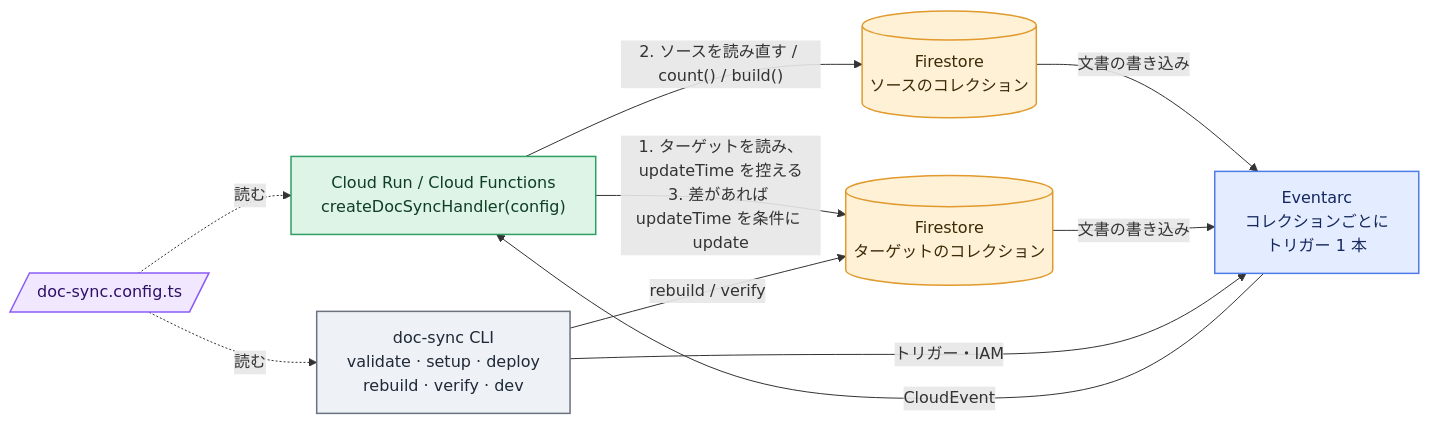
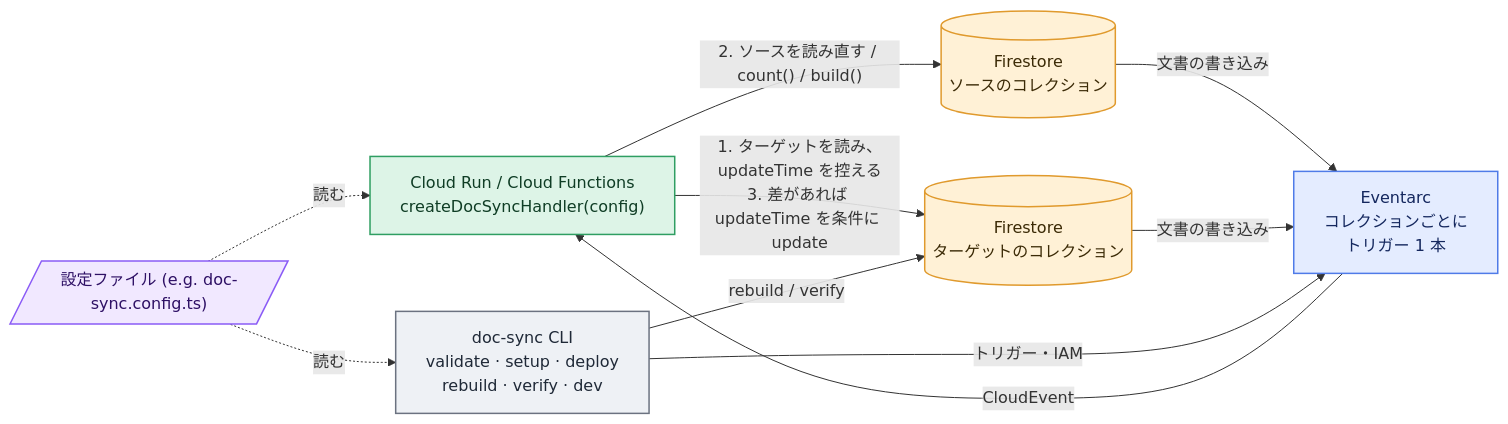
The diagram in README.ja.md (fire-launch/firestore-denormalize), drawn with Mermaid before and after one commit. The commit also changed other lines of this file and 3 other files, not shown here.

````diff
--- a/README.ja.md
+++ b/README.ja.md
@@ -88,30 +88,30 @@
 ```mermaid
 flowchart LR
-  C[/"doc-sync.config.ts"/]
+  C[/"設定ファイル (e.g. doc-sync.config.ts)"/]
   CLI["doc-sync CLI<br/>validate · setup · deploy<br/>rebuild · verify · dev"]
   S[("Firestore<br/>ソースのコレクション")]
   T[("Firestore<br/>ターゲットのコレクション")]
   E["Eventarc<br/>コレクションごとに<br/>トリガー 1 本"]
   H["Cloud Run / Cloud Functions<br/>createDocSyncHandler(config)"]
 
   S -- "文書の書き込み" --> E
   T -- "文書の書き込み" --> E
   E -- "CloudEvent" --> H
   H -- "1. ターゲットを読み、updateTime を控える<br/>3. 差があれば updateTime を条件に update" --> T
   H -- "2. ソースを読み直す / count() / build()" --> S
   C -. "読む" .-> H
   C -. "読む" .-> CLI
   CLI -- "トリガー・IAM" --> E
   CLI -- "rebuild / verify" --> T
 
   classDef store fill:#FFF1D6,stroke:#E09A2D,stroke-width:1.5px,color:#3B2A06
   classDef event fill:#E4ECFF,stroke:#4F7BE8,stroke-width:1.5px,color:#14275E
   classDef fn fill:#DDF4E7,stroke:#2F9E62,stroke-width:1.5px,color:#0F3D25
   classDef conf fill:#F1E8FF,stroke:#8B5CF6,stroke-width:1.5px,color:#2E1065
   classDef cli fill:#EEF1F5,stroke:#6B7280,stroke-width:1.5px,color:#1F2937
   class S,T store
   class E event
   class H fn
   class C conf
   class CLI cli
 ```
````
